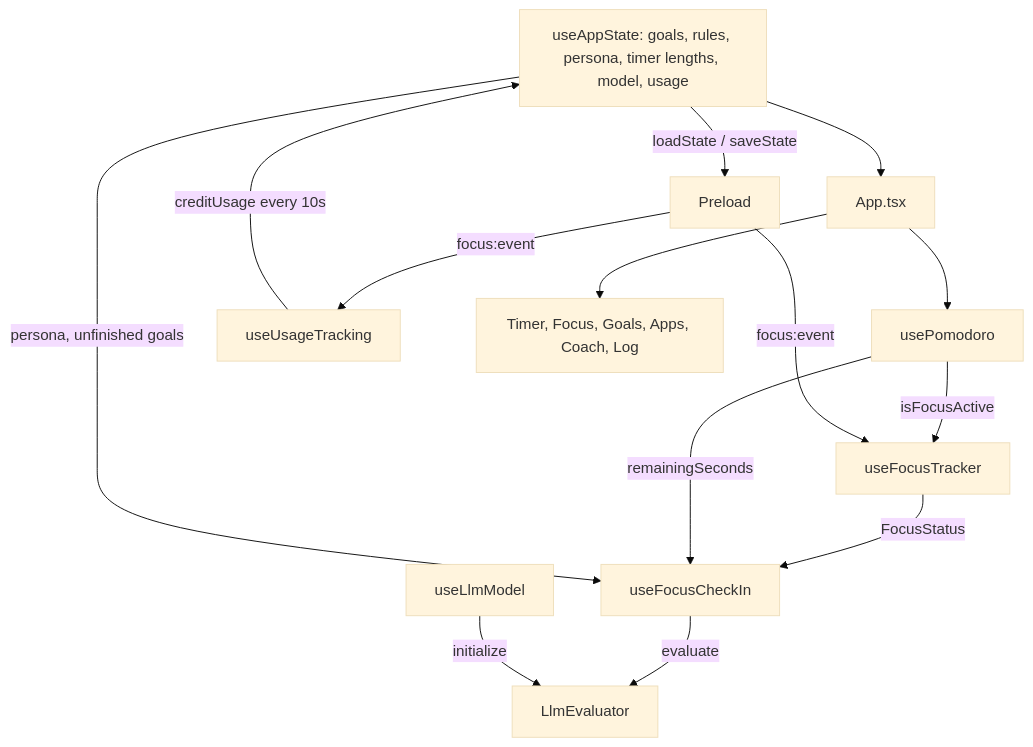
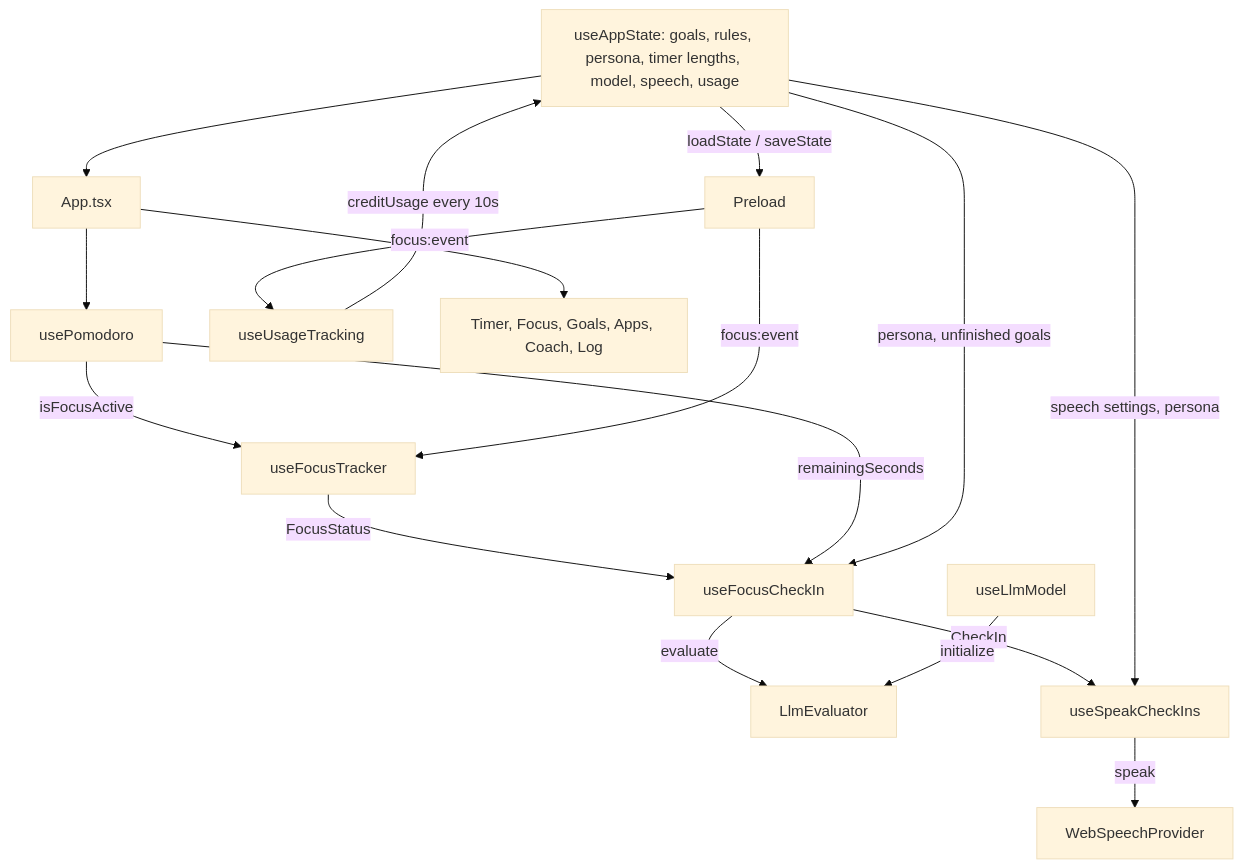
Before and after one commit to Masterslayer7/FocusSentinel: the diagram in src/renderer/CONTEXT.md, drawn with Mermaid (base theme). The commit also changed other lines of this file and 22 other files, not shown here.

First line of the commit message:
feat(tts): speak check-ins aloud with a voice per persona

````diff
--- a/src/renderer/CONTEXT.md
+++ b/src/renderer/CONTEXT.md
@@ -35,16 +35,19 @@
 ```mermaid
 graph TD
-    State[useAppState: goals, rules, persona, timer lengths, model, usage] -->|loadState / saveState| Preload[Preload]
+    State[useAppState: goals, rules, persona, timer lengths, model, speech, usage] -->|loadState / saveState| Preload[Preload]
     State --> App[App.tsx]
     App --> Timer[usePomodoro]
     Timer -->|isFocusActive| Tracker[useFocusTracker]
     Preload -->|focus:event| Tracker
     Preload -->|focus:event| Usage[useUsageTracking]
     Usage -->|creditUsage every 10s| State
     Tracker -->|FocusStatus| CheckIn[useFocusCheckIn]
     Timer -->|remainingSeconds| CheckIn
     State -->|persona, unfinished goals| CheckIn
     CheckIn -->|evaluate| LLM[LlmEvaluator]
+    CheckIn -->|CheckIn| Speak[useSpeakCheckIns]
+    State -->|speech settings, persona| Speak
+    Speak -->|speak| TTS[WebSpeechProvider]
     Model[useLlmModel] -->|initialize| LLM
     App --> Panels[Timer, Focus, Goals, Apps, Coach, Log]
 ```
````
